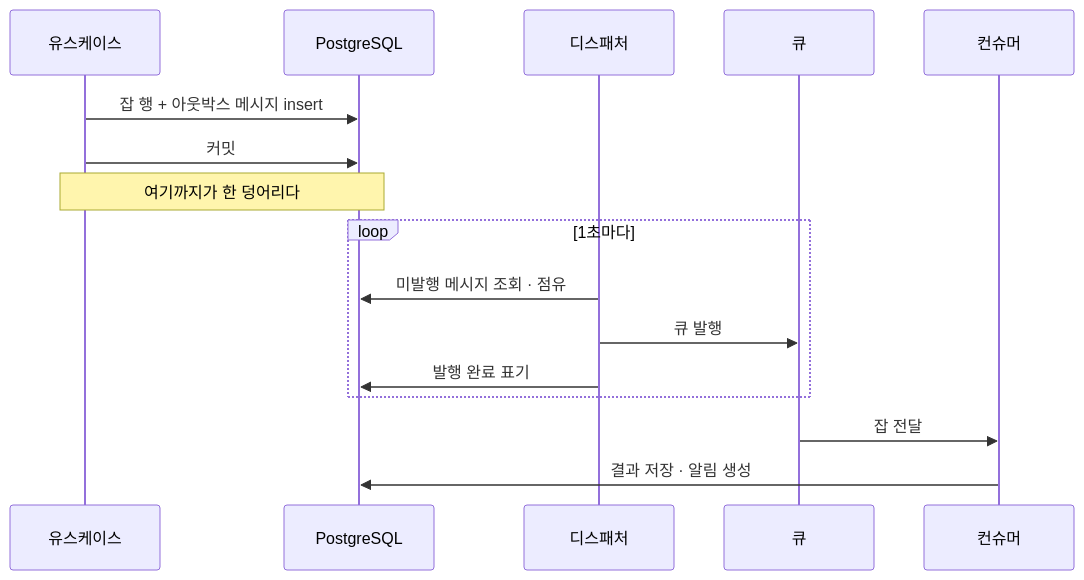
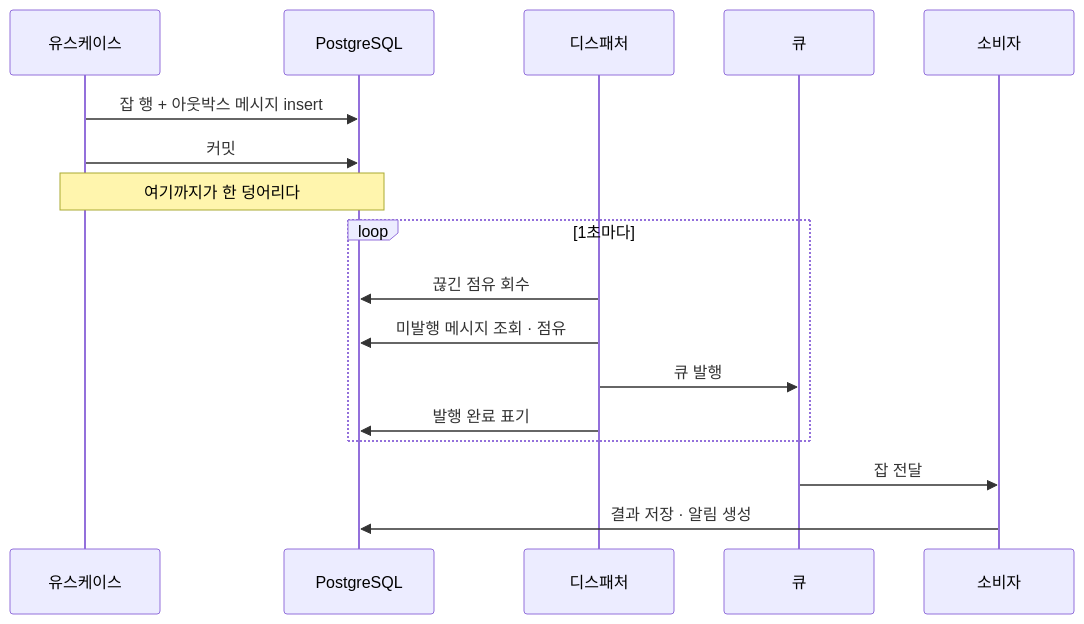
The third of 10 diagrams in src/content/post/blog/transactional-outbox.mdx (dydals3440/YOLOG), drawn with Mermaid before and after one commit. The commit also changed other lines of this file, not shown here.

````diff
--- a/src/content/post/blog/transactional-outbox.mdx
+++ b/src/content/post/blog/transactional-outbox.mdx
@@ -158,21 +144,22 @@
 ```mermaid
 sequenceDiagram
     participant U as 유스케이스
     participant DB as PostgreSQL
     participant D as 디스패처
     participant Q as 큐
-    participant C as 컨슈머
+    participant C as 소비자
 
     U->>DB: 잡 행 + 아웃박스 메시지 insert
     U->>DB: 커밋
     Note over U,DB: 여기까지가 한 덩어리다
 
     loop 1초마다
+        D->>DB: 끊긴 점유 회수
         D->>DB: 미발행 메시지 조회 · 점유
         D->>Q: 큐 발행
         D->>DB: 발행 완료 표기
     end
 
     Q->>C: 잡 전달
     C->>DB: 결과 저장 · 알림 생성
 ```
````
